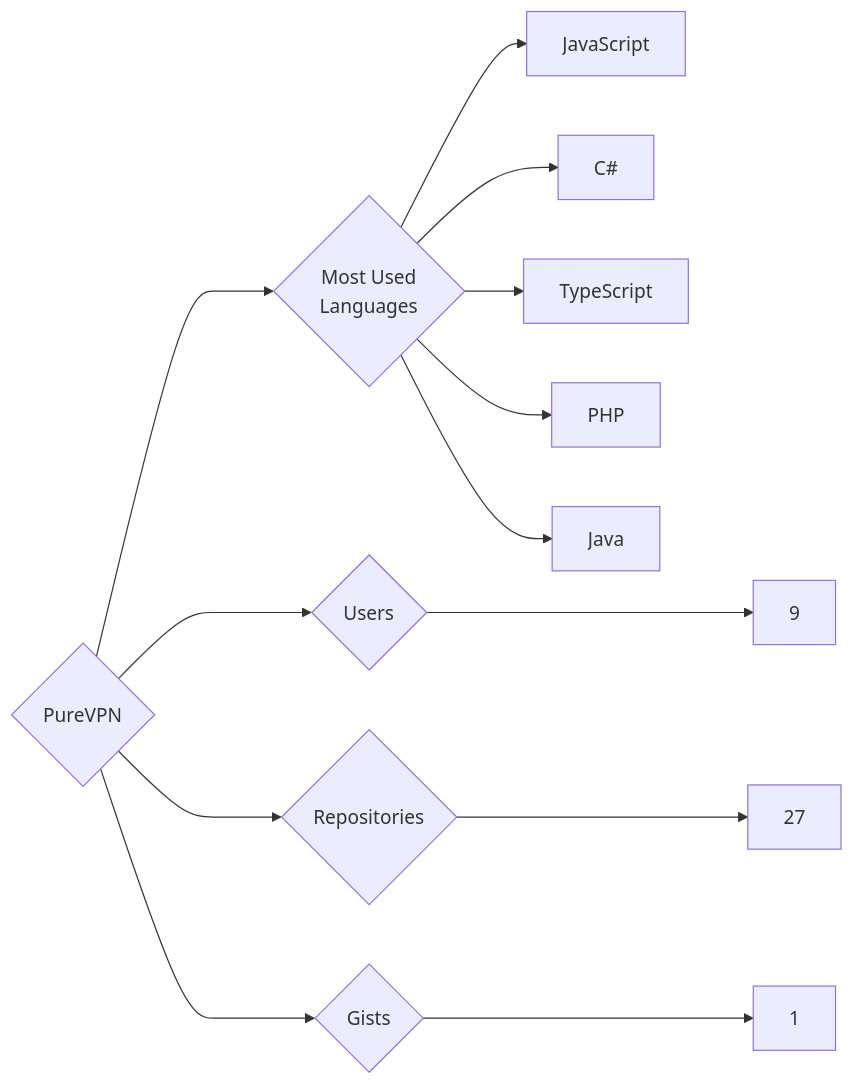
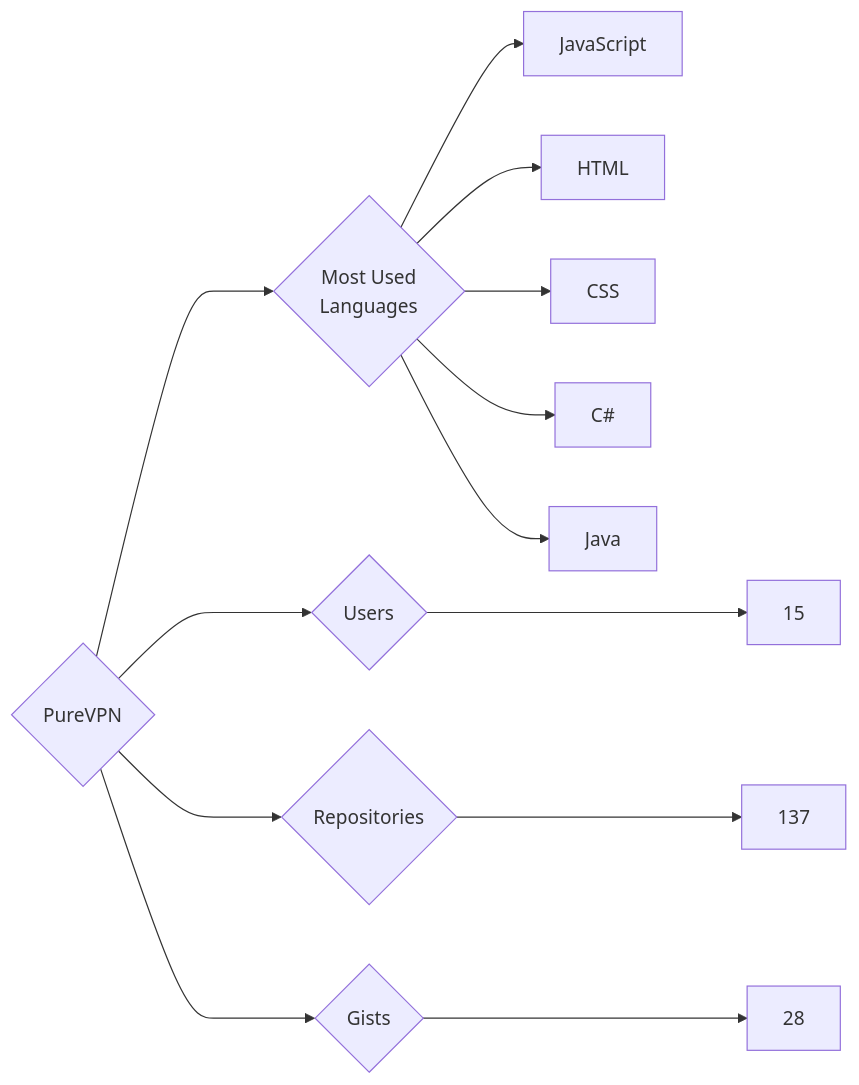
One commit to trickest/insiders changed the diagram in targets/PureVPN/README.md. Above: the diagram before and after it, drawn with Mermaid. The commit also changed 839 other files, not shown here.

````diff
--- a/targets/PureVPN/README.md
+++ b/targets/PureVPN/README.md
@@ -3,13 +3,13 @@
 ```mermaid
 graph LR
 COMPANY_NAME{PureVPN}
-COMPANY_NAME ---> U{Users} ---> UN[9]
-COMPANY_NAME ---> R{Repositories} ---> RN[27]
-COMPANY_NAME ---> G{Gists} ---> GN[1]
+COMPANY_NAME ---> U{Users} ---> UN[15]
+COMPANY_NAME ---> R{Repositories} ---> RN[137]
+COMPANY_NAME ---> G{Gists} ---> GN[28]
 COMPANY_NAME ---> ML{Most Used<br>Languages}
 ML --> JavaScript[JavaScript]
+ML --> HTML[HTML]
+ML --> CSS[CSS]
 ML --> C#[C#]
-ML --> TypeScript[TypeScript]
-ML --> PHP[PHP]
 ML --> Java[Java]
 ```
````
